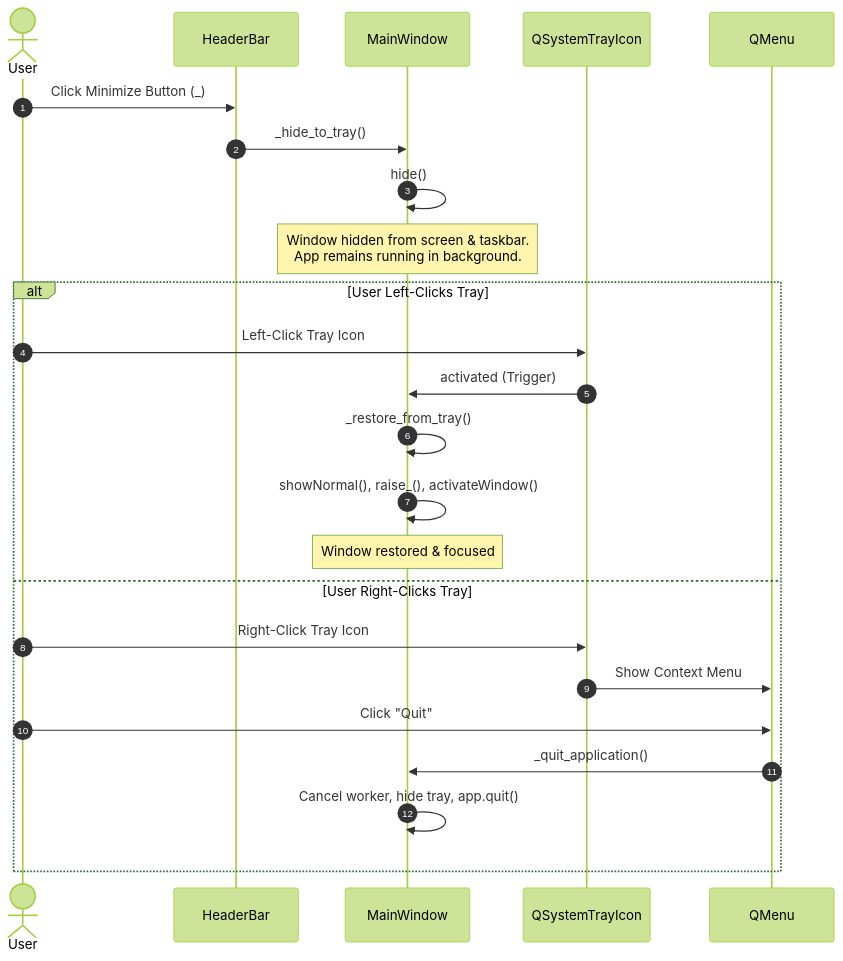
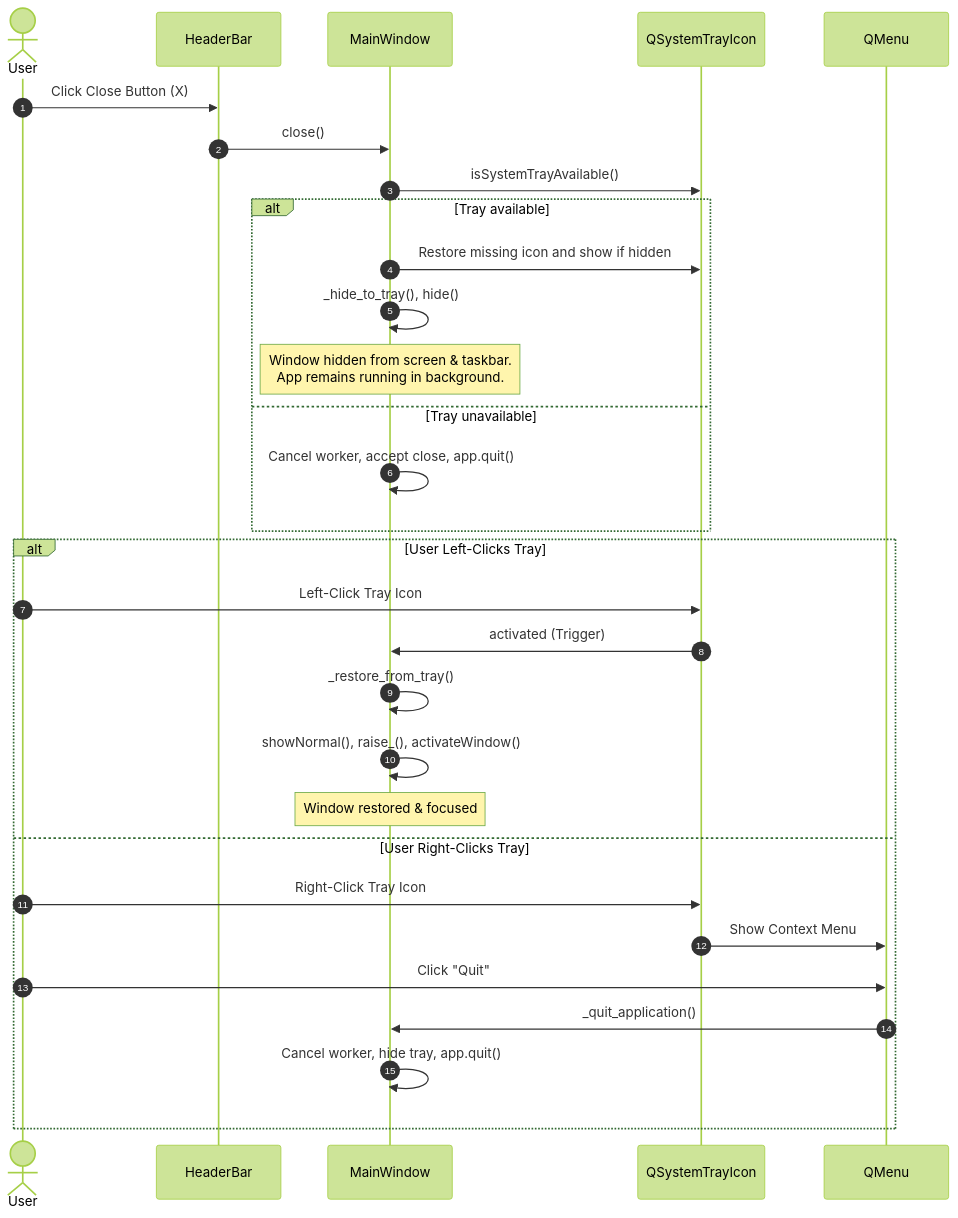
One commit to tbkmax/ShortcutStudio changed the third of 3 diagrams in shortcut_studio/ui/doc/workflow_diagram.md. Above: the diagram before and after it, drawn with Mermaid (forest theme). The commit also changed other lines of this file and 40 other files, not shown here.

````diff
--- a/shortcut_studio/ui/doc/workflow_diagram.md
+++ b/shortcut_studio/ui/doc/workflow_diagram.md
@@ -97,28 +102,34 @@
 ```mermaid
 sequenceDiagram
     autonumber
     actor User
     participant Header as HeaderBar
     participant Window as MainWindow
     participant Tray as QSystemTrayIcon
     participant Menu as QMenu
 
-    User->>Header: Click Minimize Button (_)
-    Header->>Window: _hide_to_tray()
-    Window->>Window: hide()
-    Note over Window: Window hidden from screen & taskbar.<br/>App remains running in background.
+    User->>Header: Click Close Button (X)
+    Header->>Window: close()
+    Window->>Tray: isSystemTrayAvailable()
+    alt Tray available
+        Window->>Tray: Restore missing icon and show if hidden
+        Window->>Window: _hide_to_tray(), hide()
+        Note over Window: Window hidden from screen & taskbar.<br/>App remains running in background.
+    else Tray unavailable
+        Window->>Window: Cancel worker, accept close, app.quit()
+    end
 
     alt User Left-Clicks Tray
         User->>Tray: Left-Click Tray Icon
         Tray->>Window: activated (Trigger)
         Window->>Window: _restore_from_tray()
         Window->>Window: showNormal(), raise_(), activateWindow()
         Note over Window: Window restored & focused
     else User Right-Clicks Tray
         User->>Tray: Right-Click Tray Icon
         Tray->>Menu: Show Context Menu
         User->>Menu: Click "Quit"
         Menu->>Window: _quit_application()
         Window->>Window: Cancel worker, hide tray, app.quit()
     end
 ```
````
